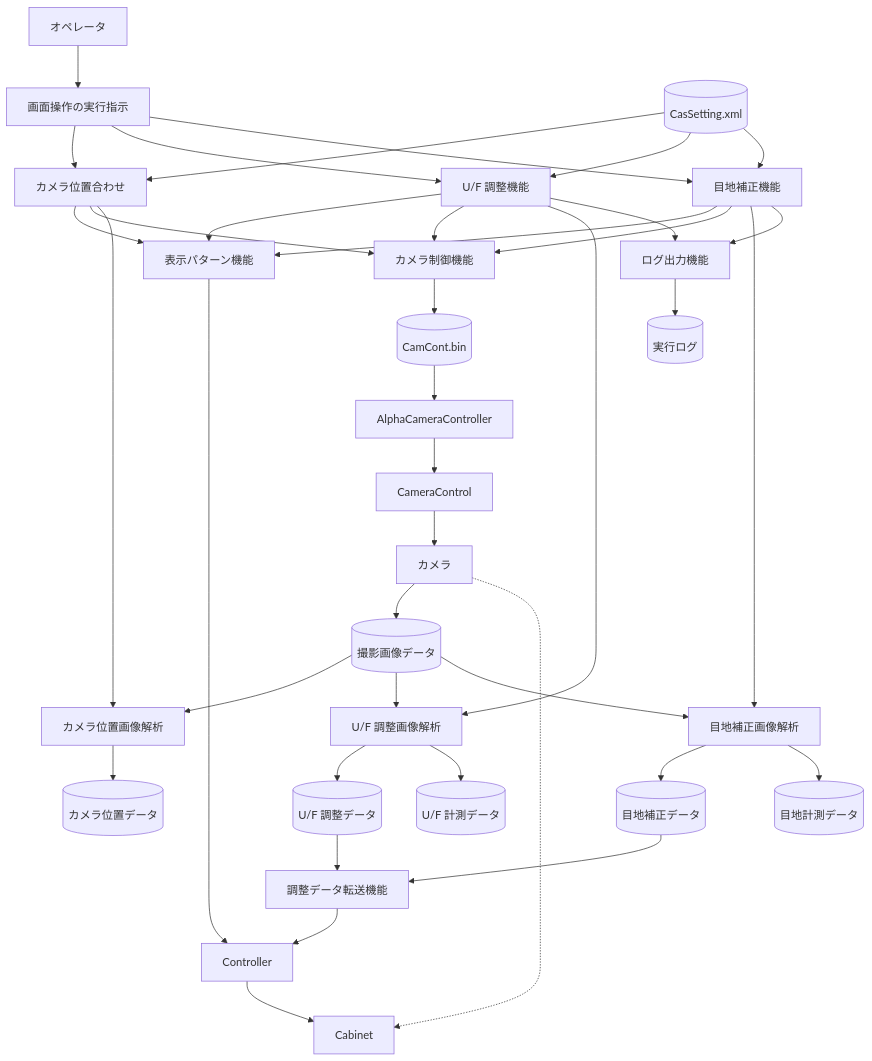
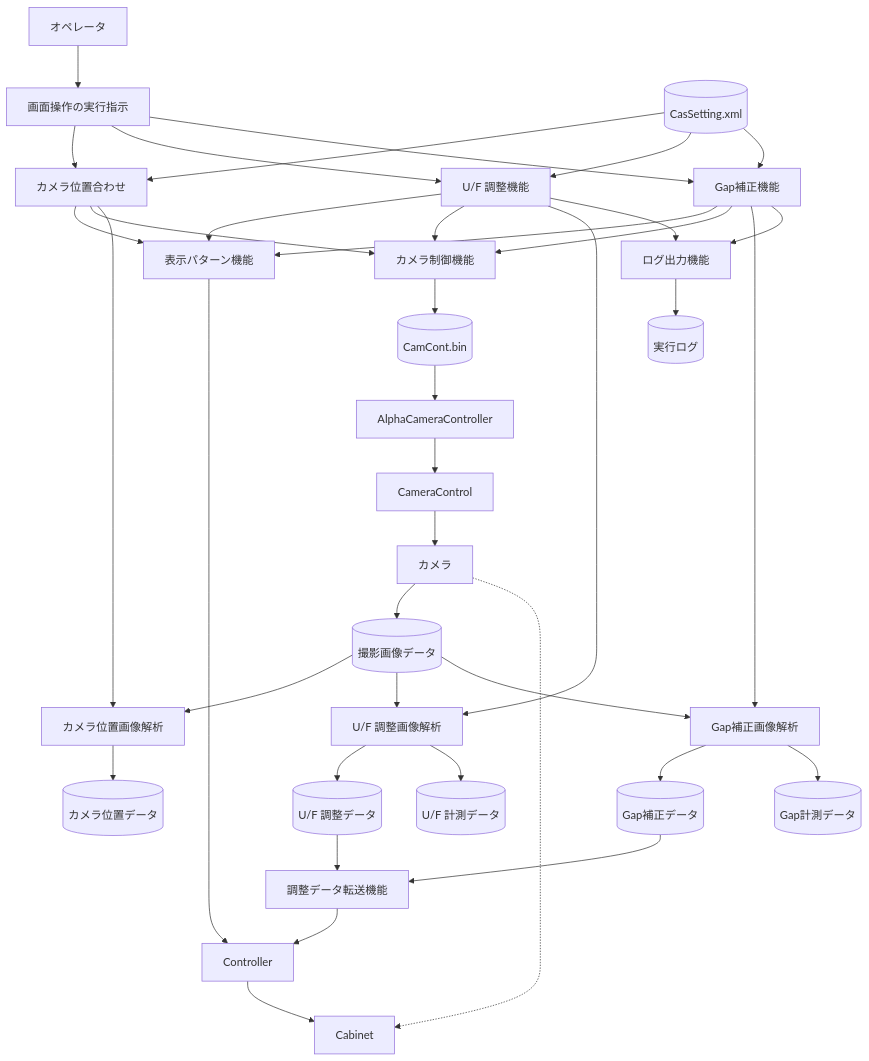
The fourth of 5 diagrams in docs/カメラCAS_基本設計書.md (HottaTakayuki/ColorAlignmentSoftware), drawn with Mermaid before and after one commit. The commit also changed other lines of this file and 5 other files, not shown here.

````diff
--- a/docs/カメラCAS_基本設計書.md
+++ b/docs/カメラCAS_基本設計書.md
@@ -185,51 +185,51 @@
 ```mermaid
 flowchart TD
     User["オペレータ"] --> UI["画面操作の実行指示"]
 
-    UI --> CameraPos["カメラ位置合わせ"] & UfAdjust["U/F 調整機能"] & GapAdjust["目地補正機能"]
+    UI --> CameraPos["カメラ位置合わせ"] & UfAdjust["U/F 調整機能"] & GapAdjust["Gap補正機能"]
 
     CameraPos --> Pattern["表示パターン機能"]
     UfAdjust --> Pattern
     GapAdjust --> Pattern
 
     CameraPos --> Cam["カメラ制御機能"]
     UfAdjust --> Cam
     GapAdjust --> Cam
 
     Cam --> ControlFile[(CamCont.bin)]
     ControlFile  --> Alpha["AlphaCameraController"] 
     Alpha --> CameraControl["CameraControl"]
     CameraControl --> Camera["カメラ"]
     Camera --> ImageData[(撮影画像データ)]
 
     CameraPos --> ImageProcessCameraPos["カメラ位置画像解析"]
     UfAdjust --> ImageProcessUf["U/F 調整画像解析"]
-    GapAdjust --> ImageProcessGap["目地補正画像解析"]
+    GapAdjust --> ImageProcessGap["Gap補正画像解析"]
     ImageData --> ImageProcessCameraPos
     ImageData --> ImageProcessUf
     ImageData --> ImageProcessGap
 
     ImageProcessCameraPos --> CamPosData[(カメラ位置データ)]
     ImageProcessUf --> UfAdjData[(U/F 調整データ)]
     ImageProcessUf --> UfMeasData[(U/F 計測データ)]
-    ImageProcessGap --> GapAdjData[(目地補正データ)]
-    ImageProcessGap --> GapMeasData[(目地計測データ)]
+    ImageProcessGap --> GapAdjData[(Gap補正データ)]
+    ImageProcessGap --> GapMeasData[(Gap計測データ)]
 
     UfAdjData --> Transfer["調整データ転送機能"]
     GapAdjData --> Transfer
     Transfer --> Controller
 
     ConfData[(CasSetting.xml)] --> CameraPos
     ConfData[(CasSetting.xml)] --> UfAdjust
     ConfData[(CasSetting.xml)] --> GapAdjust
 
     Pattern --> Controller
     Controller --> Cabinet["Cabinet"]
 
     Camera -.-> Cabinet
 
     UfAdjust --> Info["ログ出力機能"]
     GapAdjust --> Info
 
     Info --> History[(実行ログ)]
 ```
````
